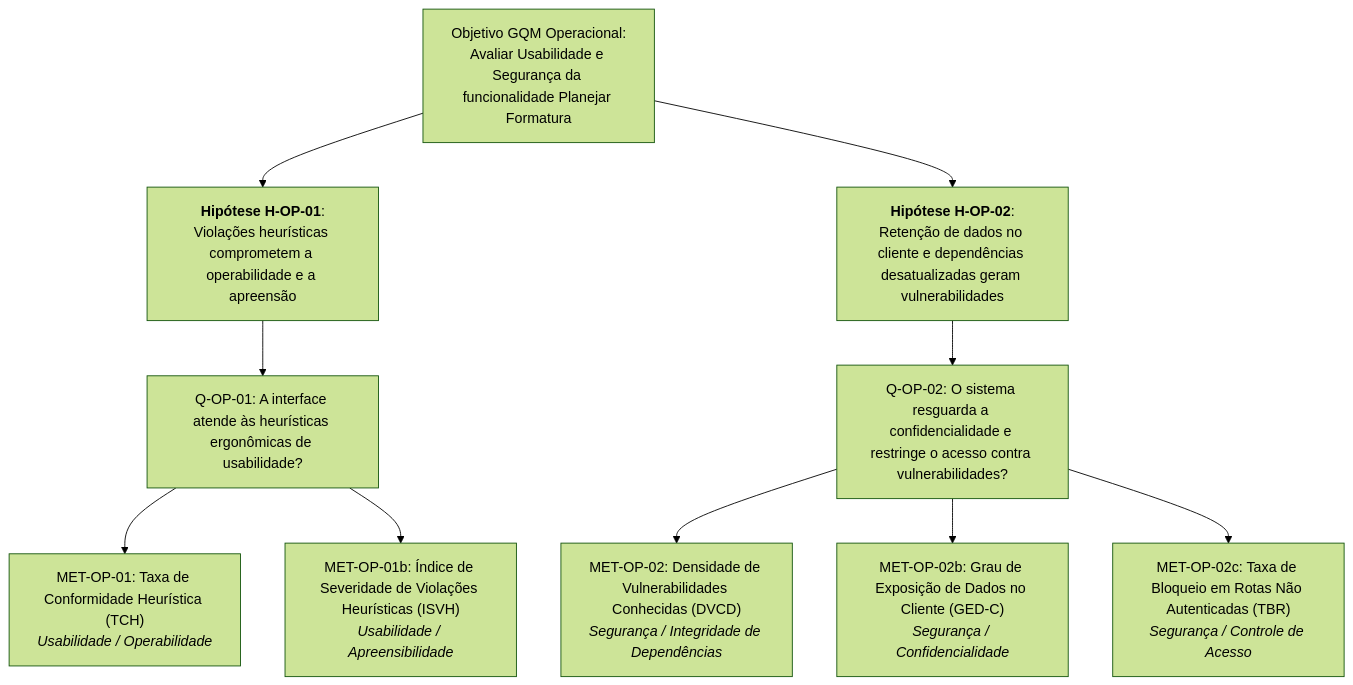
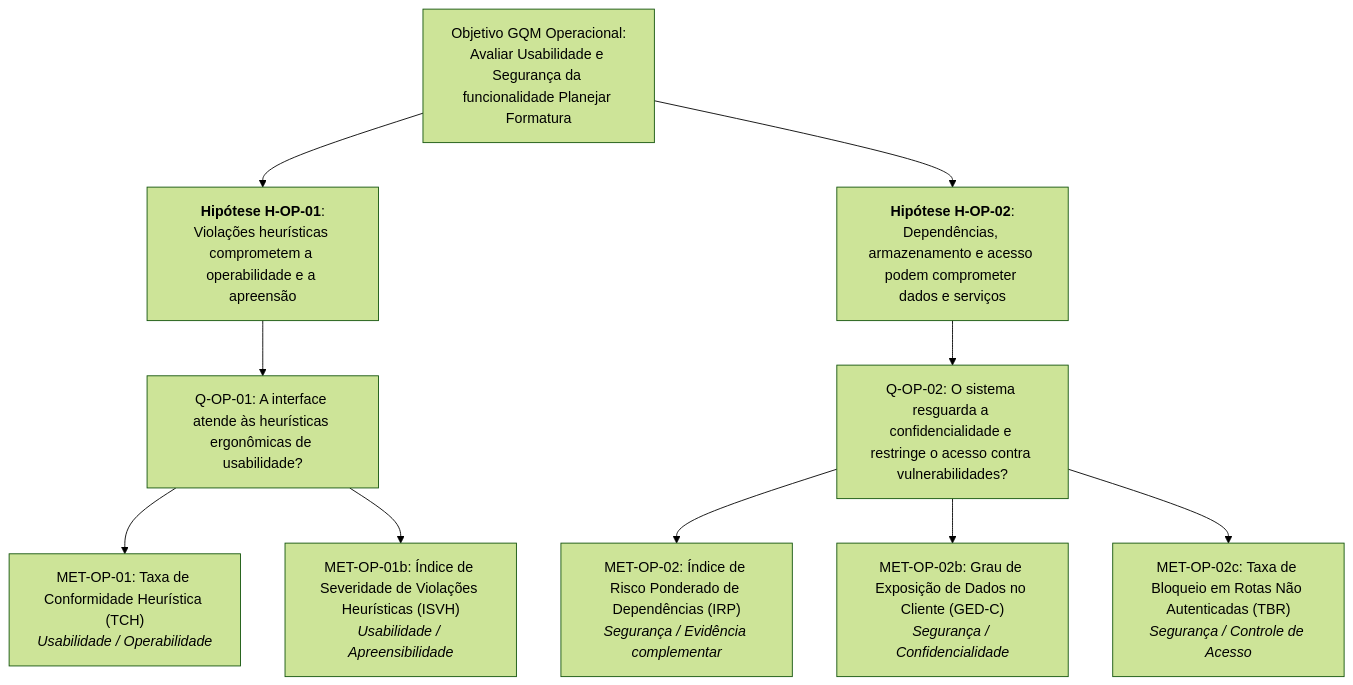
One commit to FCTE-Qualidade-de-Software-1/2026-2_T02_JEAN_SAMMET changed the first of 2 diagrams in docs/fases/fase2/operacionais/visaoGeral.md. Above: the diagram before and after it, drawn with Mermaid (forest theme). The commit also changed other lines of this file and 15 other files, not shown here.

````diff
--- a/docs/fases/fase2/operacionais/visaoGeral.md
+++ b/docs/fases/fase2/operacionais/visaoGeral.md
@@ -55,17 +68,17 @@
 ```mermaid
 graph TD
     Goal["Objetivo GQM Operacional:<br/>Avaliar Usabilidade e Segurança da funcionalidade Planejar Formatura"]
 
     Goal --> H1["<b>Hipótese H-OP-01</b>:<br/>Violações heurísticas comprometem a operabilidade e a apreensão"]
-    Goal --> H2["<b>Hipótese H-OP-02</b>:<br/>Retenção de dados no cliente e dependências desatualizadas geram vulnerabilidades"]
+    Goal --> H2["<b>Hipótese H-OP-02</b>:<br/>Dependências, armazenamento e acesso podem comprometer dados e serviços"]
 
     H1 --> Q1["Q-OP-01: A interface atende às heurísticas ergonômicas de usabilidade?"]
     H2 --> Q2["Q-OP-02: O sistema resguarda a confidencialidade e restringe o acesso contra vulnerabilidades?"]
 
     Q1 --> M1["MET-OP-01: Taxa de Conformidade Heurística (TCH)<br/><i>Usabilidade / Operabilidade</i>"]
     Q1 --> M1b["MET-OP-01b: Índice de Severidade de Violações Heurísticas (ISVH)<br/><i>Usabilidade / Apreensibilidade</i>"]
 
-    Q2 --> M2["MET-OP-02: Densidade de Vulnerabilidades Conhecidas (DVCD)<br/><i>Segurança / Integridade de Dependências</i>"]
+    Q2 --> M2["MET-OP-02: Índice de Risco Ponderado de Dependências (IRP)<br/><i>Segurança / Evidência complementar</i>"]
     Q2 --> M2b["MET-OP-02b: Grau de Exposição de Dados no Cliente (GED-C)<br/><i>Segurança / Confidencialidade</i>"]
     Q2 --> M2c["MET-OP-02c: Taxa de Bloqueio em Rotas Não Autenticadas (TBR)<br/><i>Segurança / Controle de Acesso</i>"]
 ```
````
